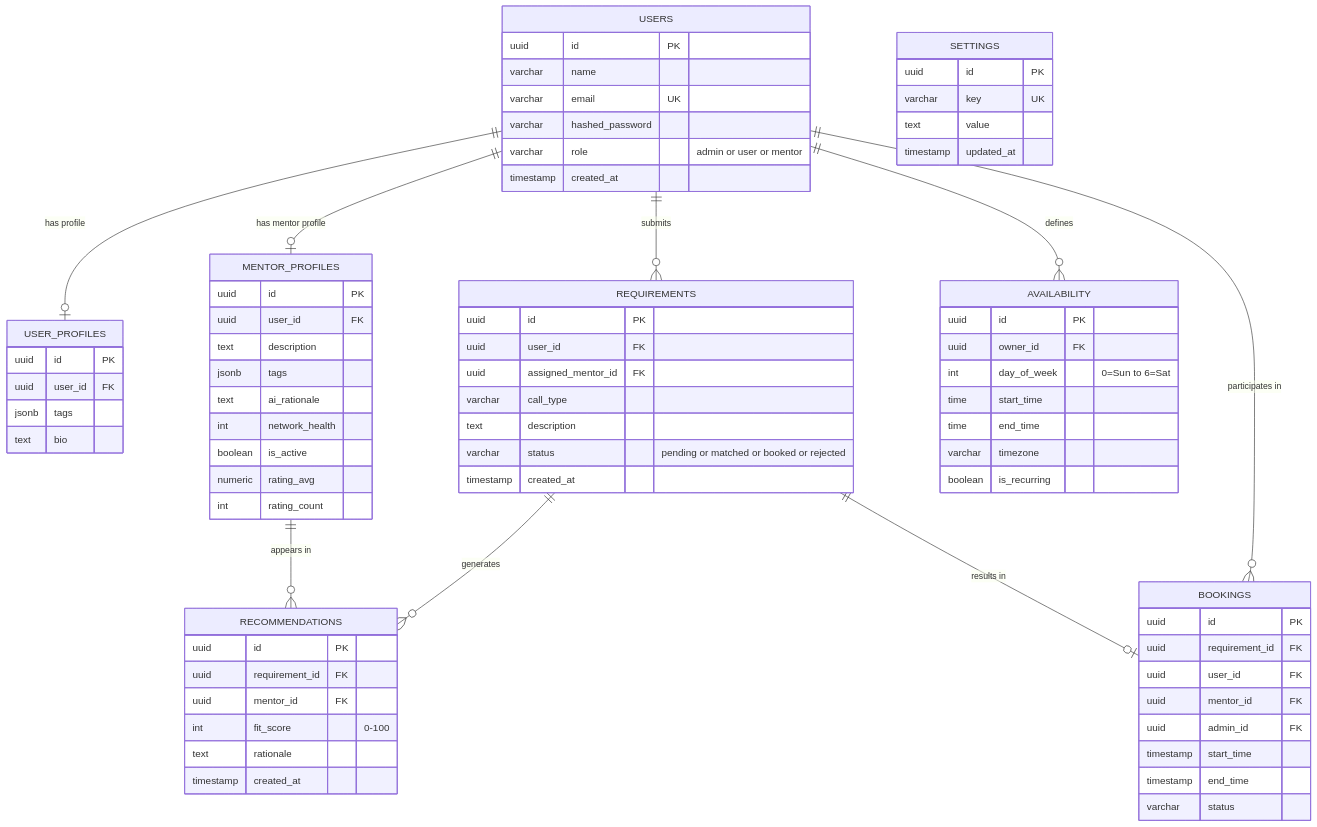
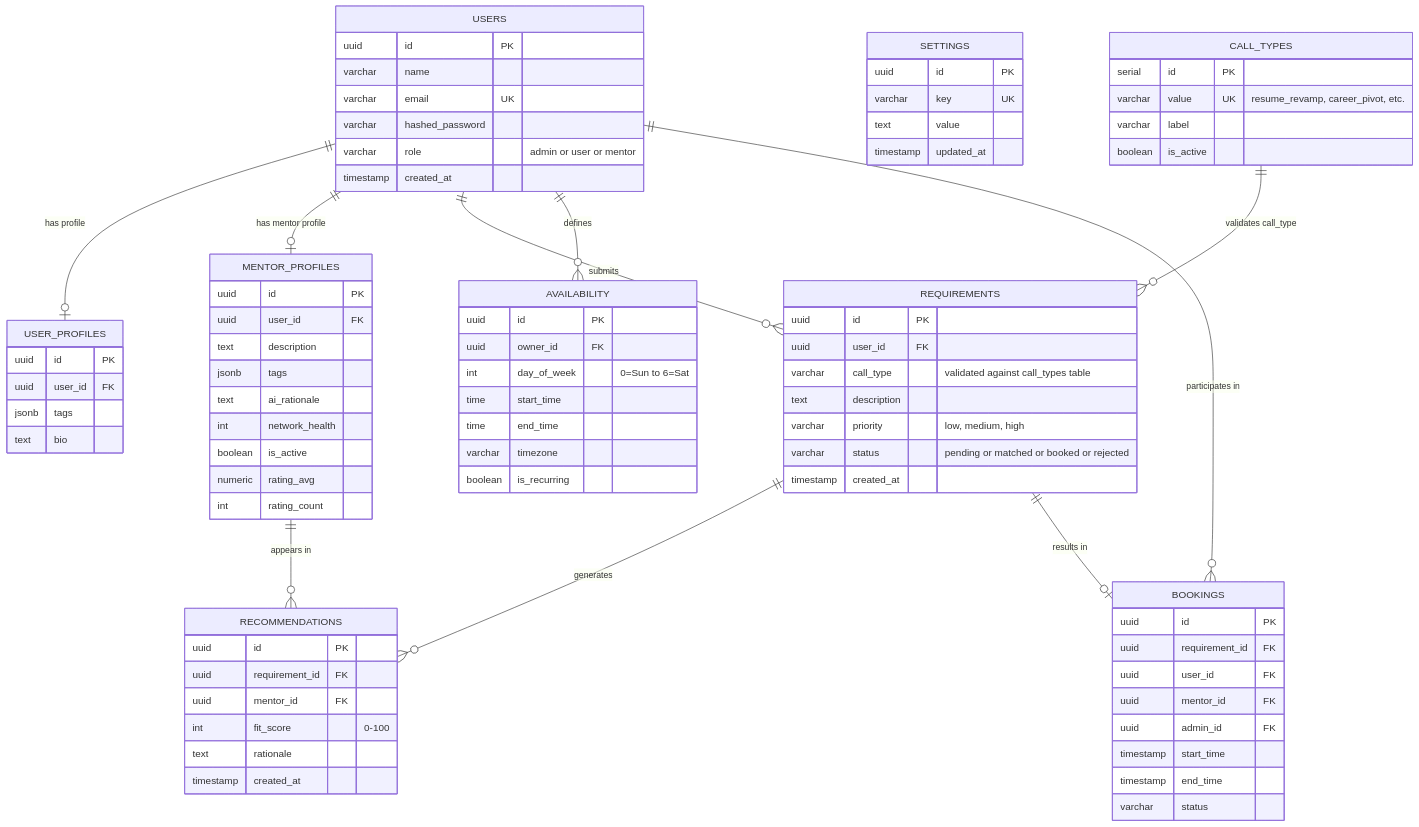
One commit to BugHunterX2101/mentoring_call_scheduling_system changed the second of 7 diagrams in README.md. Above: the diagram before and after it, drawn with Mermaid. The commit also changed other lines of this file, not shown here.

Commit message:
docs: Update README with all bug fixes, corrected ER diagram, sequence diagram, setup commands, file structure, and Changelog section

````diff
--- a/README.md
+++ b/README.md
@@ -145,9 +145,9 @@
     REQUIREMENTS {
         uuid id PK
         uuid user_id FK
-        uuid assigned_mentor_id FK
-        varchar call_type
+        varchar call_type "validated against call_types table"
         text description
+        varchar priority "low, medium, high"
         varchar status "pending or matched or booked or rejected"
         timestamp created_at
     }
@@ -189,6 +189,13 @@
         timestamp updated_at
     }
 
+    CALL_TYPES {
+        serial id PK
+        varchar value UK "resume_revamp, career_pivot, etc."
+        varchar label
+        boolean is_active
+    }
+
     USERS ||--o| USER_PROFILES : "has profile"
     USERS ||--o| MENTOR_PROFILES : "has mentor profile"
     USERS ||--o{ REQUIREMENTS : "submits"
@@ -197,4 +204,5 @@
     REQUIREMENTS ||--o{ RECOMMENDATIONS : "generates"
     REQUIREMENTS ||--o| BOOKINGS : "results in"
     MENTOR_PROFILES ||--o{ RECOMMENDATIONS : "appears in"
+    CALL_TYPES ||--o{ REQUIREMENTS : "validates call_type"
 ```
````
